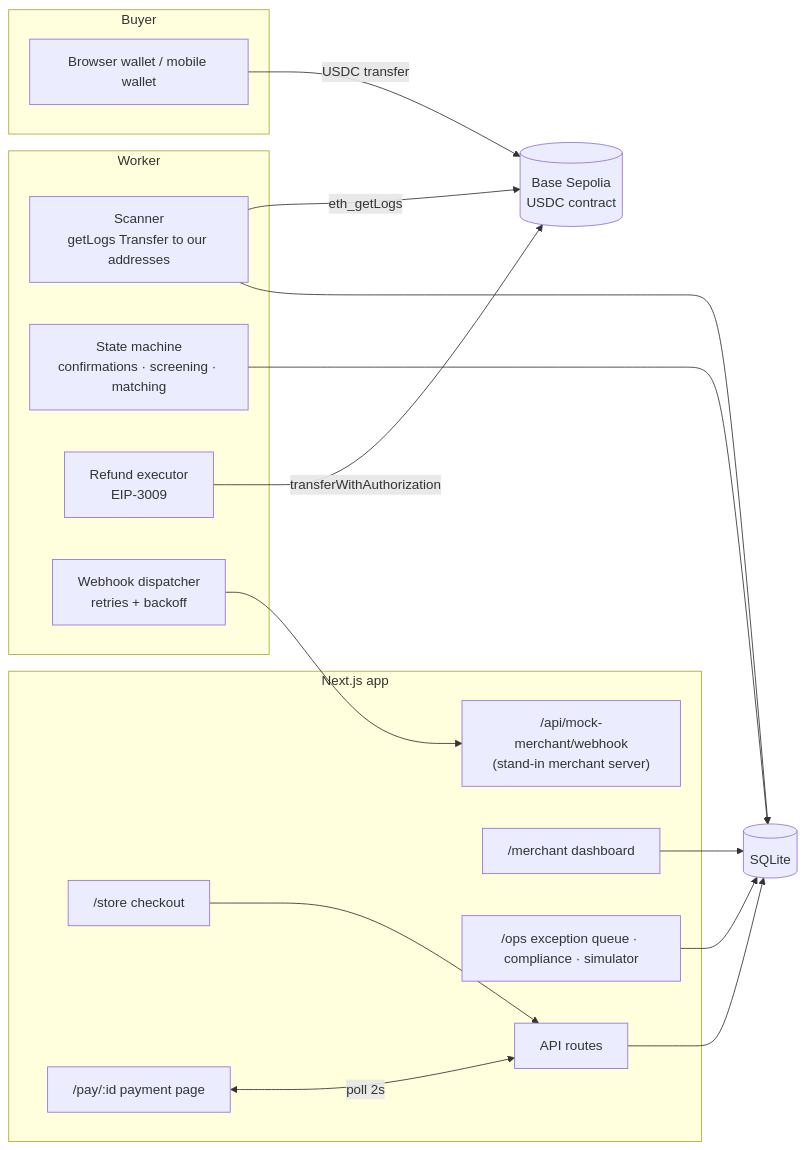
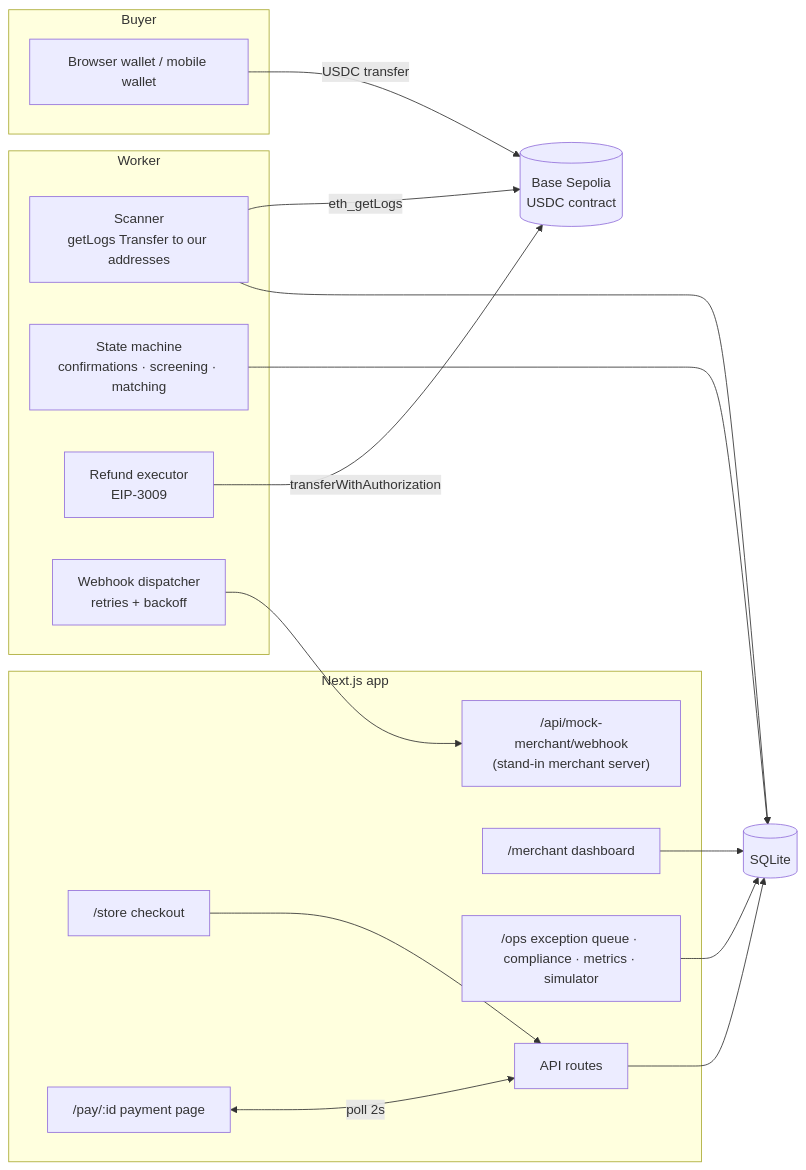
Before and after one commit to ChuaiYixin/usdc-checkout-prototype: the first of 2 diagrams in README.md, drawn with Mermaid. The commit also changed other lines of this file and 87 other files, not shown here.

First line of the commit message:
Add Chinese UI and a guided main flow, remove extras

````diff
--- a/README.md
+++ b/README.md
@@ -63,33 +71,33 @@
 ```mermaid
 flowchart LR
   subgraph Buyer
     W[Browser wallet / mobile wallet]
   end
   subgraph Next.js app
     S["/store checkout"]
     P["/pay/:id payment page"]
     API[API routes]
     M["/merchant dashboard"]
-    O["/ops exception queue · compliance · simulator"]
+    O["/ops exception queue · compliance · metrics · simulator"]
     MM["/api/mock-merchant/webhook<br/>(stand-in merchant server)"]
   end
   subgraph Worker
     SC[Scanner<br/>getLogs Transfer to our addresses]
     EV[State machine<br/>confirmations · screening · matching]
     RF[Refund executor<br/>EIP-3009]
     WH[Webhook dispatcher<br/>retries + backoff]
   end
   DB[(SQLite)]
   CH[(Base Sepolia<br/>USDC contract)]
 
   S --> API --> DB
   P <-- poll 2s --> API
   W -- USDC transfer --> CH
   SC -- eth_getLogs --> CH
   SC --> DB
   EV --> DB
   RF -- transferWithAuthorization --> CH
   WH --> MM
   M --> DB
   O --> DB
 ```
````
